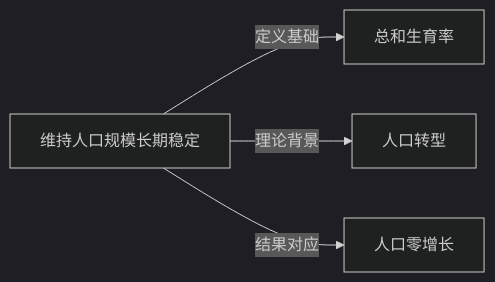
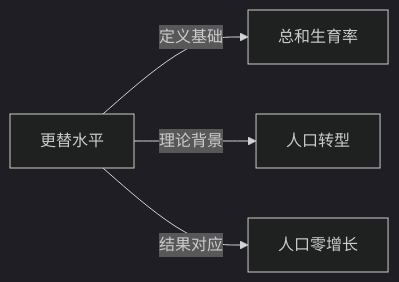
The diagram in Knowledge/Concepts/社会学/更替水平.md (KIMMCHOW/MyKnowledge), drawn with Mermaid (dark theme) before and after one commit. The commit also changed 96 other files, not shown here.

Commit message:
fix: 修复概念页关系图节点并补齐缺失关联

````diff
--- a/Knowledge/Concepts/社会学/更替水平.md
+++ b/Knowledge/Concepts/社会学/更替水平.md
@@ -41,6 +41,6 @@
 ```mermaid
 graph LR
-    维持人口规模长期稳定 -->|定义基础| 总和生育率
-    维持人口规模长期稳定 -->|理论背景| 人口转型
-    维持人口规模长期稳定 -->|结果对应| 人口零增长
+更替水平 -->|定义基础| 总和生育率
+更替水平 -->|理论背景| 人口转型
+更替水平 -->|结果对应| 人口零增长
 ```
````
